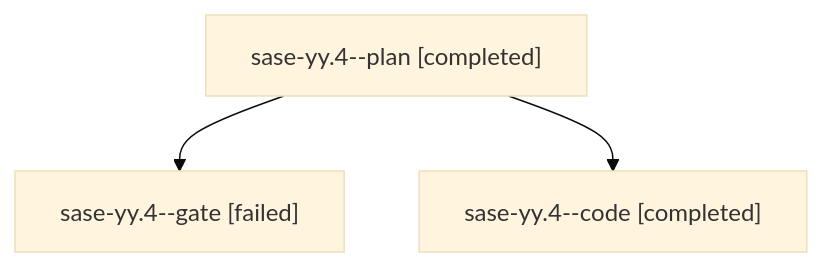
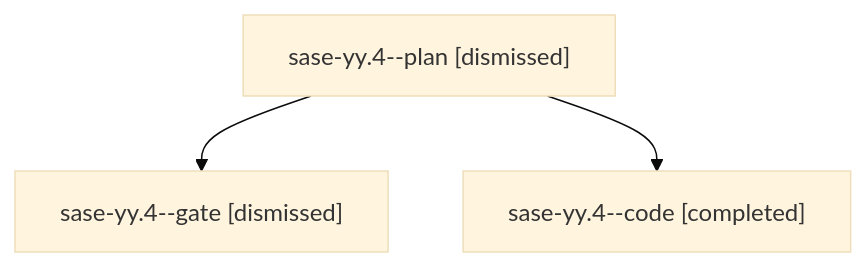
The diagram in families/bbugyi200.athena.sase-yy.4.md (sase-org/sase--agents), drawn with Mermaid (base theme) before and after one commit. The commit also changed other lines of this file and 106 other files, not shown here.

````diff
--- a/families/bbugyi200.athena.sase-yy.4.md
+++ b/families/bbugyi200.athena.sase-yy.4.md
@@ -9,8 +9,8 @@
 ```mermaid
 flowchart TD
-  n0["sase-yy.4--plan [completed]"]
-  n1["sase-yy.4--gate [failed]"]
+  n0["sase-yy.4--plan [dismissed]"]
+  n1["sase-yy.4--gate [dismissed]"]
   n0 --> n1
   n2["sase-yy.4--code [completed]"]
   n0 --> n2
 ```
````
